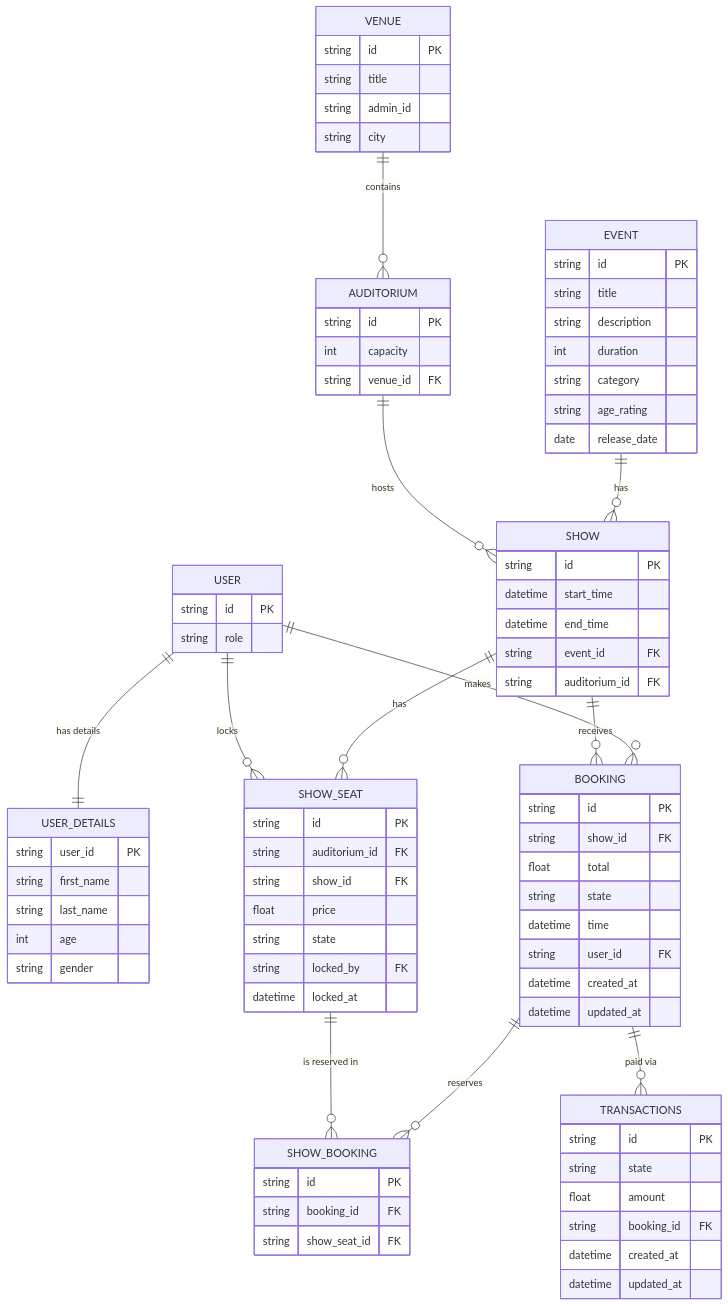
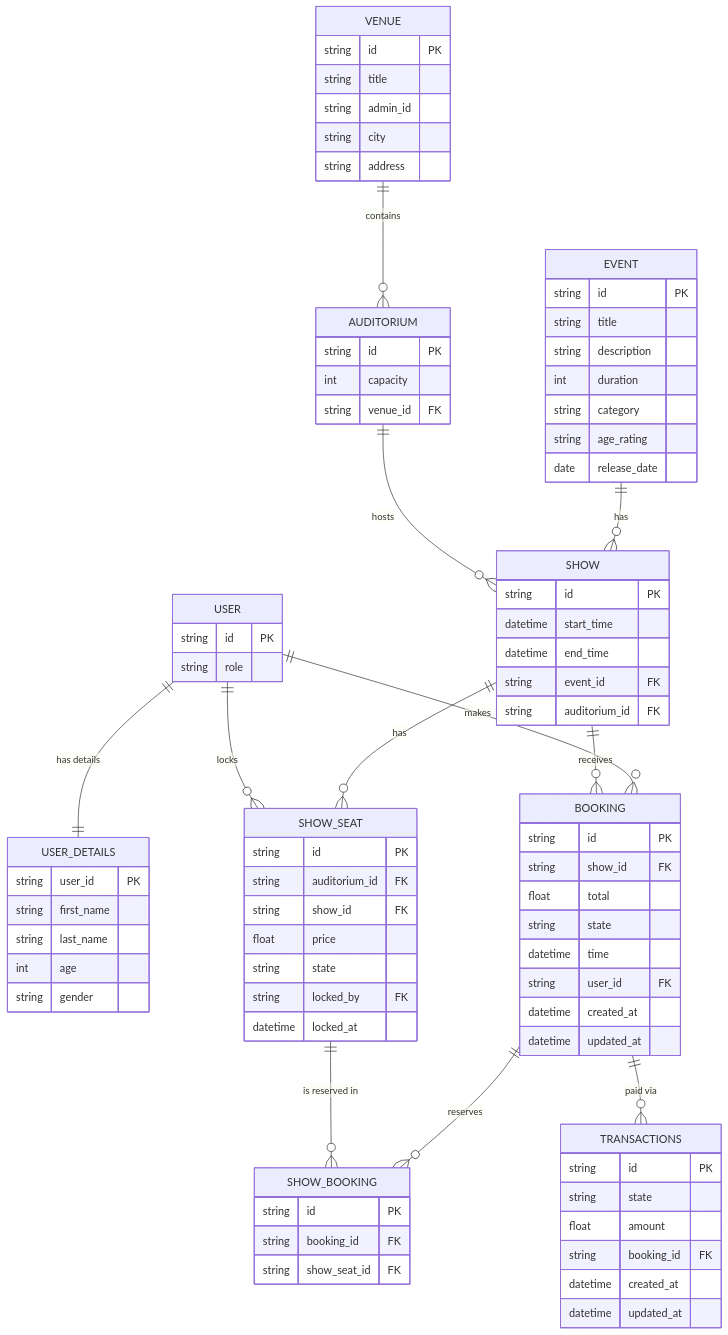
One commit to jaydeepsahu1609/BookMySeat changed the diagram in docs/lld/ERD.md. Above: the diagram before and after it, drawn with Mermaid. The commit also changed 26 other files, not shown here.

First line of the commit message:
refactor(db): align entities with new integer-based schema

```diff
--- a/docs/lld/ERD.md
+++ b/docs/lld/ERD.md
@@ -27,6 +27,7 @@
         string title
         string admin_id
         string city
+        string address
     }
 
     AUDITORIUM {
```
